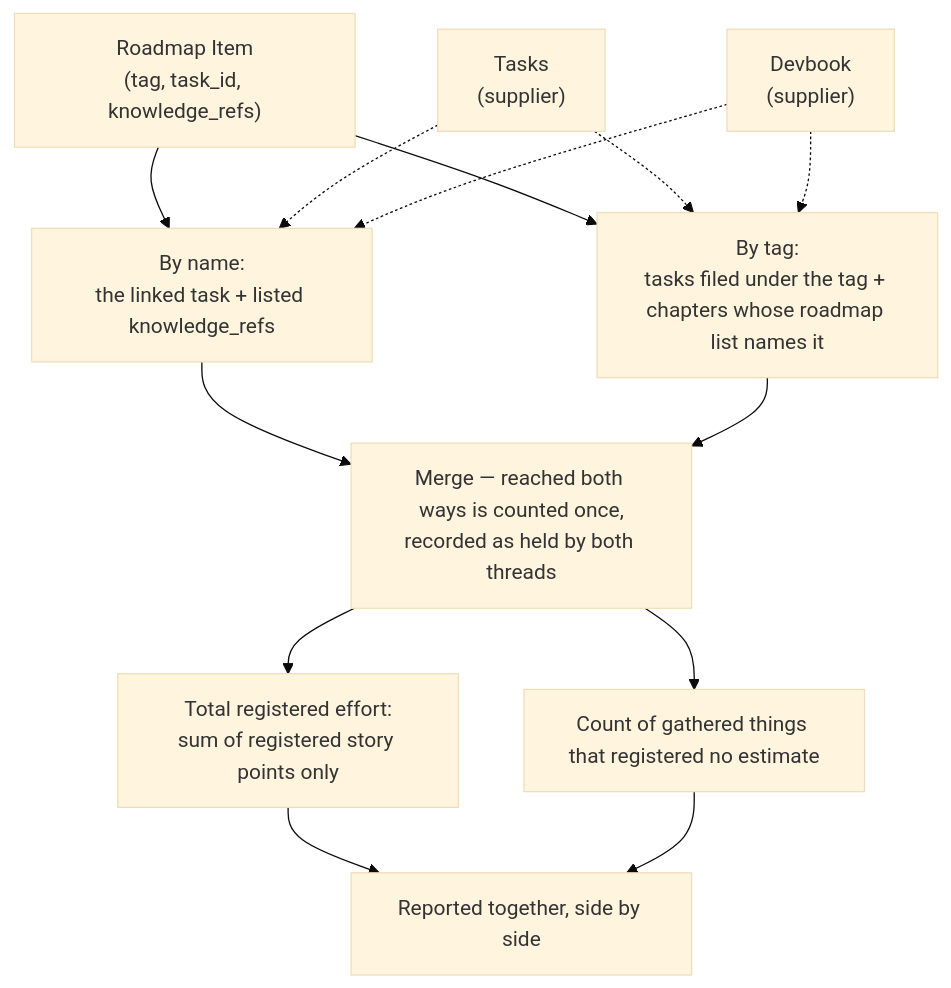
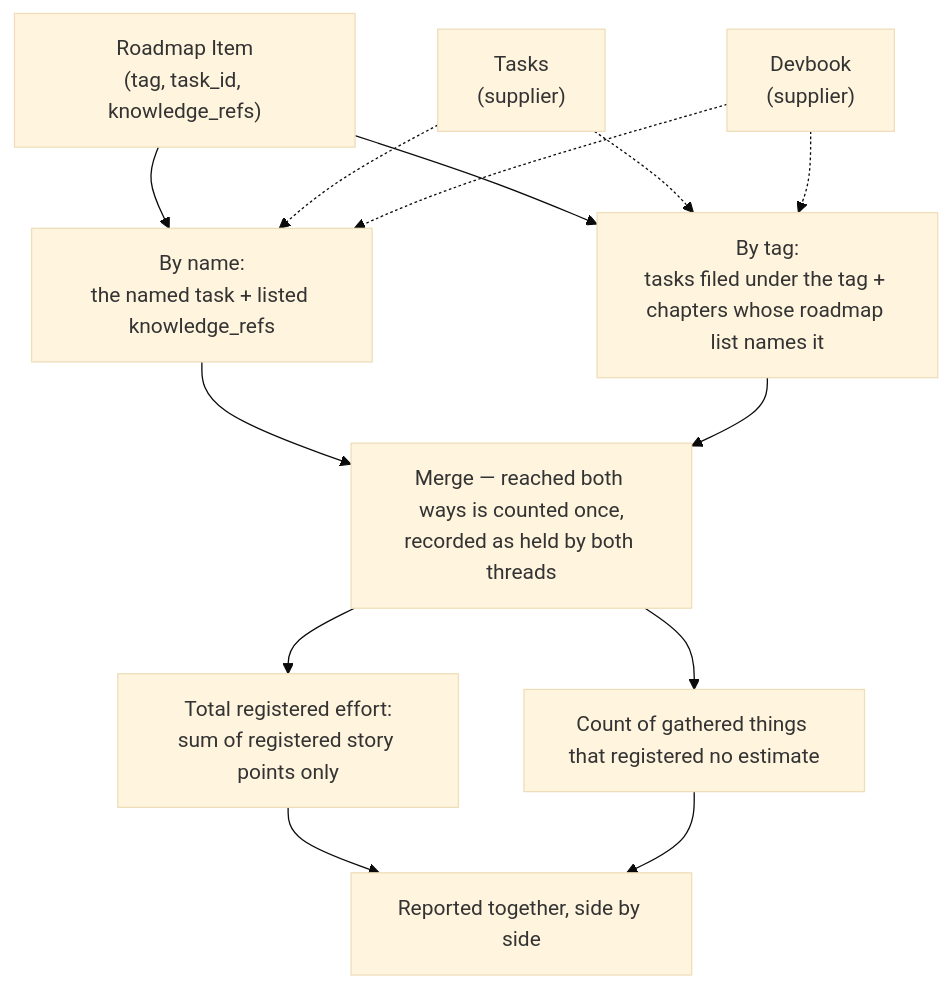
Before and after one commit to JSdotNet/Backlog: the fourth of 4 diagrams in .devbook/domain/roadmap/flow.md, drawn with Mermaid (base theme). The commit also changed 6 other files, not shown here.

````diff
--- a/.devbook/domain/roadmap/flow.md
+++ b/.devbook/domain/roadmap/flow.md
@@ -107,16 +107,16 @@
 ```mermaid
 flowchart TD
     Item["Roadmap Item<br/>(tag, task_id, knowledge_refs)"]
-    Item --> Named["By name:<br/>the linked task + listed knowledge_refs"]
+    Item --> Named["By name:<br/>the named task + listed knowledge_refs"]
     Item --> Tagged["By tag:<br/>tasks filed under the tag + chapters whose roadmap list names it"]
     Tasks["Tasks<br/>(supplier)"] -.-> Tagged
     Tasks -.-> Named
     Brain["Devbook<br/>(supplier)"] -.-> Tagged
     Brain -.-> Named
     Named --> Dedup["Merge — reached both ways is counted once,<br/>recorded as held by both threads"]
     Tagged --> Dedup
     Dedup --> Total["Total registered effort:<br/>sum of registered story points only"]
     Dedup --> Unestimated["Count of gathered things that registered no estimate"]
     Total --> Report["Reported together, side by side"]
     Unestimated --> Report
 ```
````
